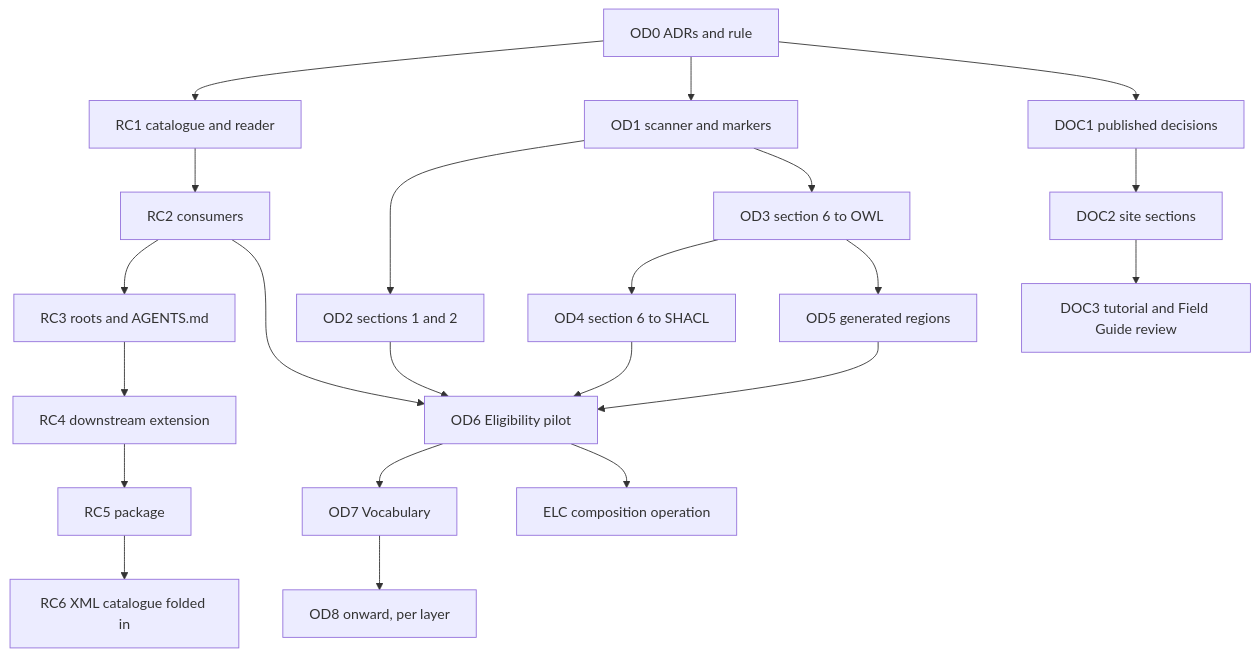
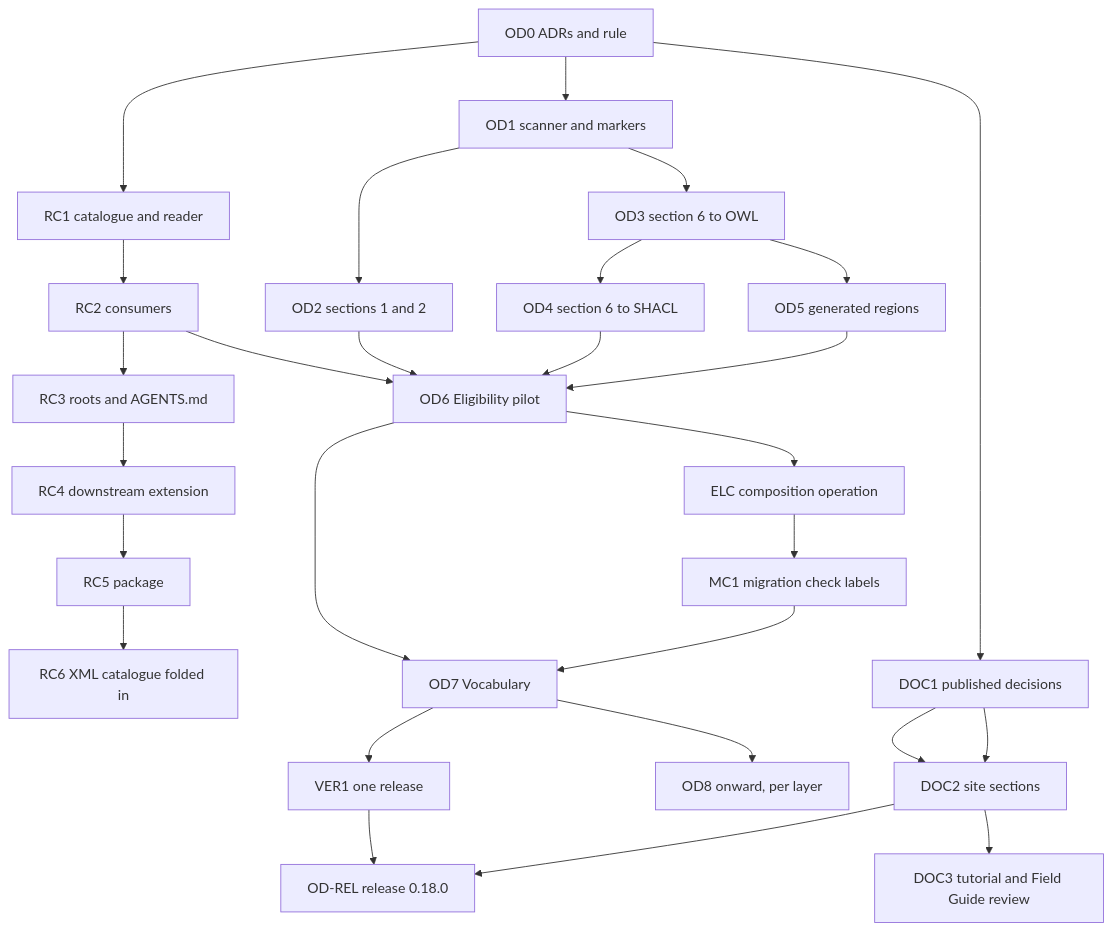
The diagram in docs/developer/plans/improved-ontology-documentation.md (nebularis/lattice), drawn with Mermaid before and after one commit. The commit also changed other lines of this file and 4 other files, not shown here.

First line of the commit message:
[docs/catalog] Release model answered, bundles sketch, briefs for MC1, OD7, VER1, DOC2 and OD-REL

````diff
--- a/docs/developer/plans/improved-ontology-documentation.md
+++ b/docs/developer/plans/improved-ontology-documentation.md
@@ -206,24 +217,30 @@
 ```mermaid
 flowchart TB
     OD0["OD0 ADRs and rule"] --> RC1["RC1 catalogue and reader"]
     OD0 --> OD1["OD1 scanner and markers"]
     RC1 --> RC2["RC2 consumers"]
     RC2 --> RC3["RC3 roots and AGENTS.md"]
     OD1 --> OD2["OD2 sections 1 and 2"]
     OD1 --> OD3["OD3 section 6 to OWL"]
     OD3 --> OD4["OD4 section 6 to SHACL"]
     OD3 --> OD5["OD5 generated regions"]
     RC2 --> OD6
     OD2 --> OD6["OD6 Eligibility pilot"]
     OD4 --> OD6
     OD5 --> OD6
     OD6 --> OD7["OD7 Vocabulary"]
     OD6 --> ELC["ELC composition operation"]
+    ELC --> MC1["MC1 migration check labels"]
+    MC1 --> OD7
+    OD7 --> VER1["VER1 one release"]
+    VER1 --> REL["OD-REL release 0.18.0"]
+    DOC1 --> DOC2
+    DOC2 --> REL
     OD7 --> MIG["OD8 onward, per layer"]
     OD0 --> DOC1["DOC1 published decisions"]
     DOC1 --> DOC2["DOC2 site sections"]
     DOC2 --> DOC3["DOC3 tutorial and Field Guide review"]
     RC3 --> RC4["RC4 downstream extension"]
     RC4 --> RC5["RC5 package"]
     RC5 --> RC6["RC6 XML catalogue folded in"]
 ```
````
